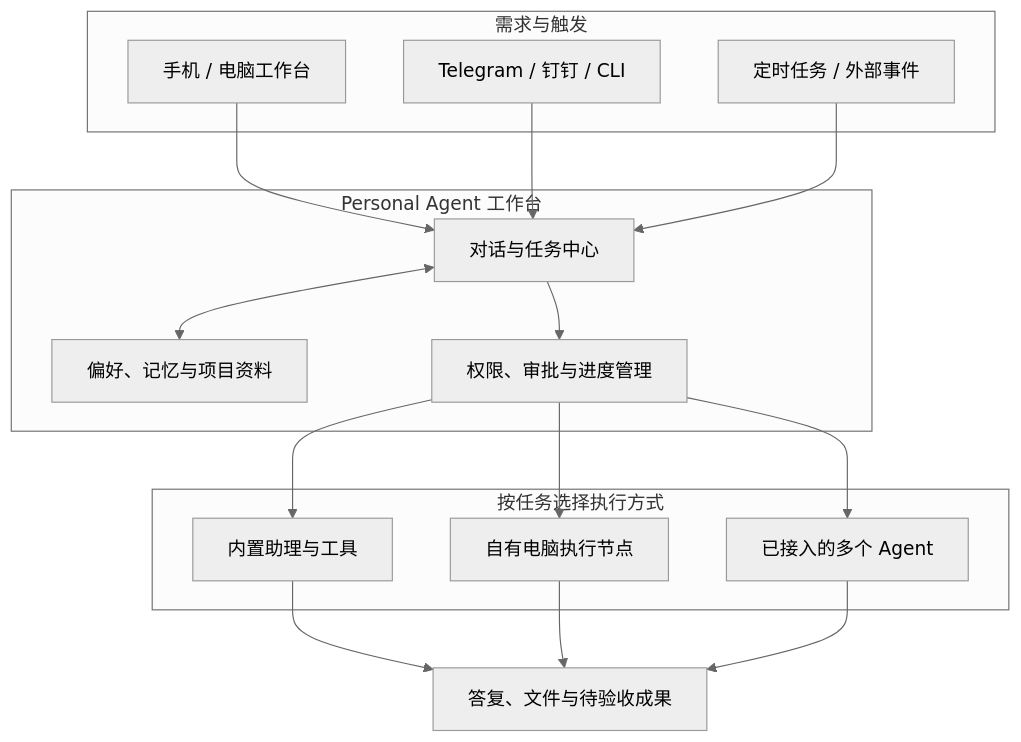
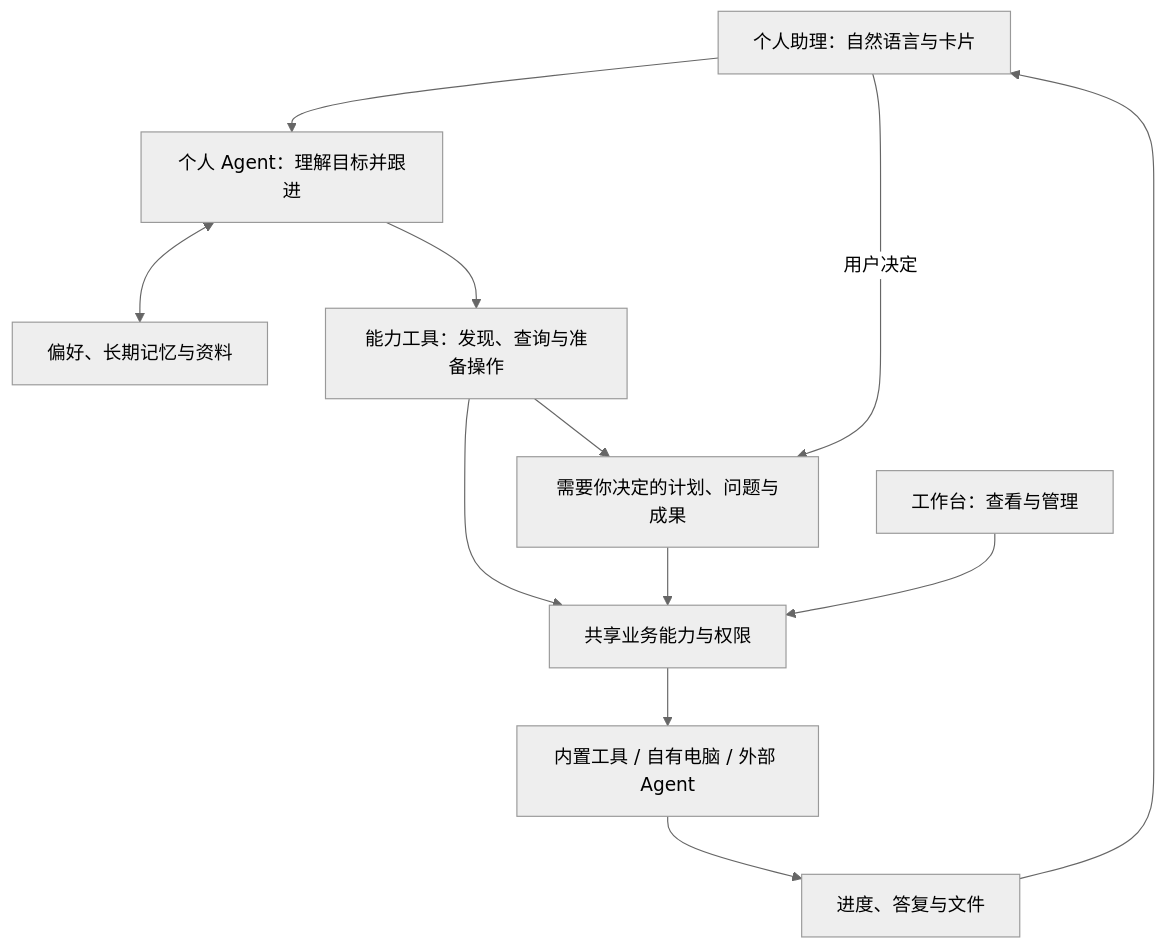
Before and after one commit to zypgo/personal-agent: the diagram in README.md, drawn with Mermaid (neutral theme). The commit also changed other lines of this file and 34 other files, not shown here.

First line of the commit message:
feat: make Personal Agent the primary product experience (0.5.0)

````diff
--- a/README.md
+++ b/README.md
@@ -20,34 +31,14 @@
 ```mermaid
 flowchart TB
-    subgraph ENTRY["需求与触发"]
-        WEB["手机 / 电脑工作台"]
-        CHAT["Telegram / 钉钉 / CLI"]
-        TRIGGER["定时任务 / 外部事件"]
-    end
-
-    subgraph WORKBENCH["Personal Agent 工作台"]
-        TASKS["对话与任务中心"]
-        CONTEXT["偏好、记忆与项目资料"]
-        CONTROL["权限、审批与进度管理"]
-        TASKS <--> CONTEXT
-        TASKS --> CONTROL
-    end
-
-    subgraph EXECUTION["按任务选择执行方式"]
-        ASSISTANT["内置助理与工具"]
-        NODE["自有电脑执行节点"]
-        AGENTS["已接入的多个 Agent"]
-    end
-
-    DELIVERY["答复、文件与待验收成果"]
-
-    WEB --> TASKS
-    CHAT --> TASKS
-    TRIGGER --> TASKS
-    CONTROL --> ASSISTANT
-    CONTROL --> NODE
-    CONTROL --> AGENTS
-    ASSISTANT --> DELIVERY
-    NODE --> DELIVERY
-    AGENTS --> DELIVERY
+    CHAT["个人助理：自然语言与卡片"] --> AGENT["个人 Agent：理解目标并跟进"]
+    AGENT <--> MEMORY["偏好、长期记忆与资料"]
+    AGENT --> TOOLS["能力工具：发现、查询与准备操作"]
+    TOOLS --> BUSINESS["共享业务能力与权限"]
+    TOOLS --> CARDS["需要你决定的计划、问题与成果"]
+    CHAT -->|"用户决定"| CARDS
+    CARDS --> BUSINESS
+    WORKBENCH["工作台：查看与管理"] --> BUSINESS
+    BUSINESS --> EXECUTION["内置工具 / 自有电脑 / 外部 Agent"]
+    EXECUTION --> RESULTS["进度、答复与文件"]
+    RESULTS --> CHAT
 ```
````
